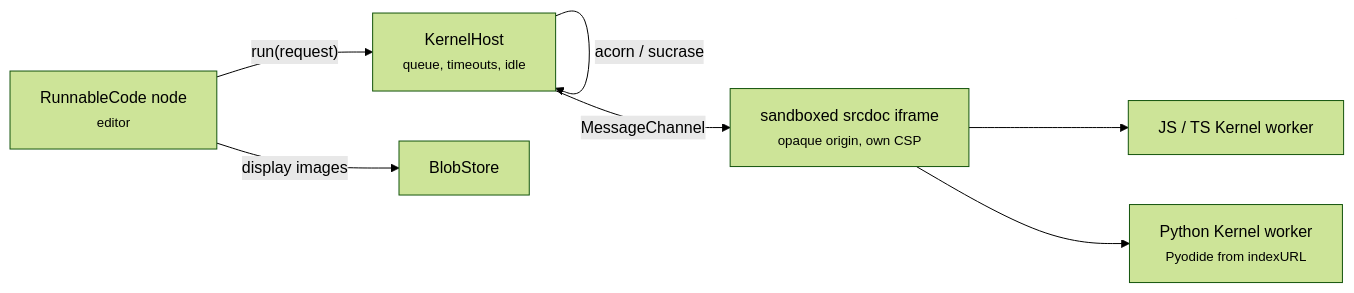
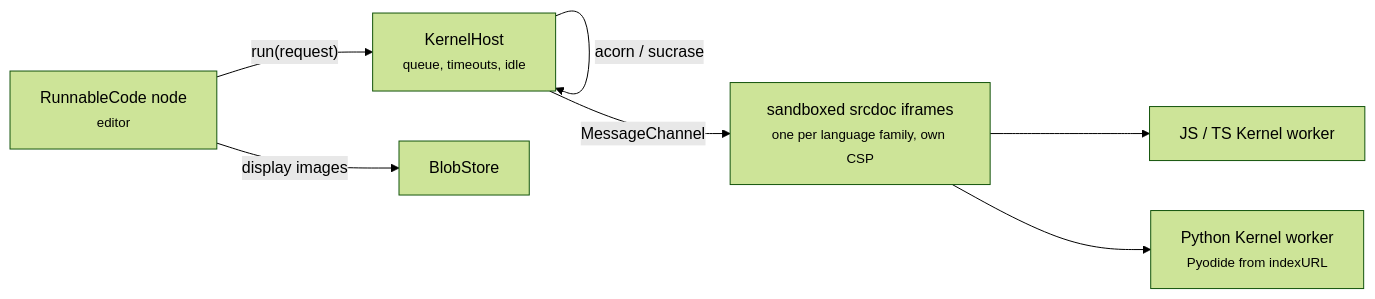
One commit to Alchemyst-ai/zreader changed the seventh of 7 diagrams in docs/architecture.md. Above: the diagram before and after it, drawn with Mermaid (forest theme). The commit also changed 11 other files, not shown here.

````diff
--- a/docs/architecture.md
+++ b/docs/architecture.md
@@ -234,9 +234,9 @@
 ```mermaid
 graph LR
     node["RunnableCode node<br/><small>editor</small>"] -- "run(request)" --> host["KernelHost<br/><small>queue, timeouts, idle</small>"]
     host -- "acorn / sucrase" --> host
-    host -- "MessageChannel" --> frame["sandboxed srcdoc iframe<br/><small>opaque origin, own CSP</small>"]
+    host -- "MessageChannel" --> frame["sandboxed srcdoc iframes<br/><small>one per language family, own CSP</small>"]
     frame --> js["JS / TS Kernel worker"]
     frame --> py["Python Kernel worker<br/><small>Pyodide from indexURL</small>"]
     node -- "display images" --> blobs2["BlobStore"]
 ```
````
